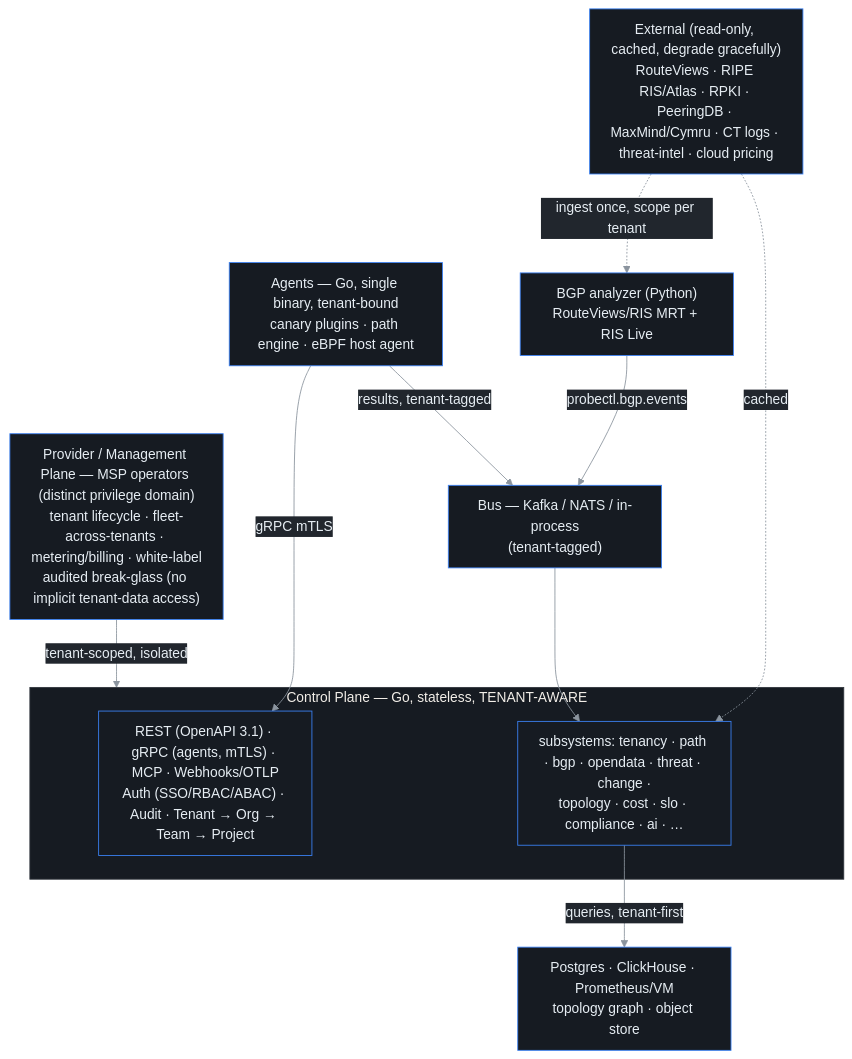
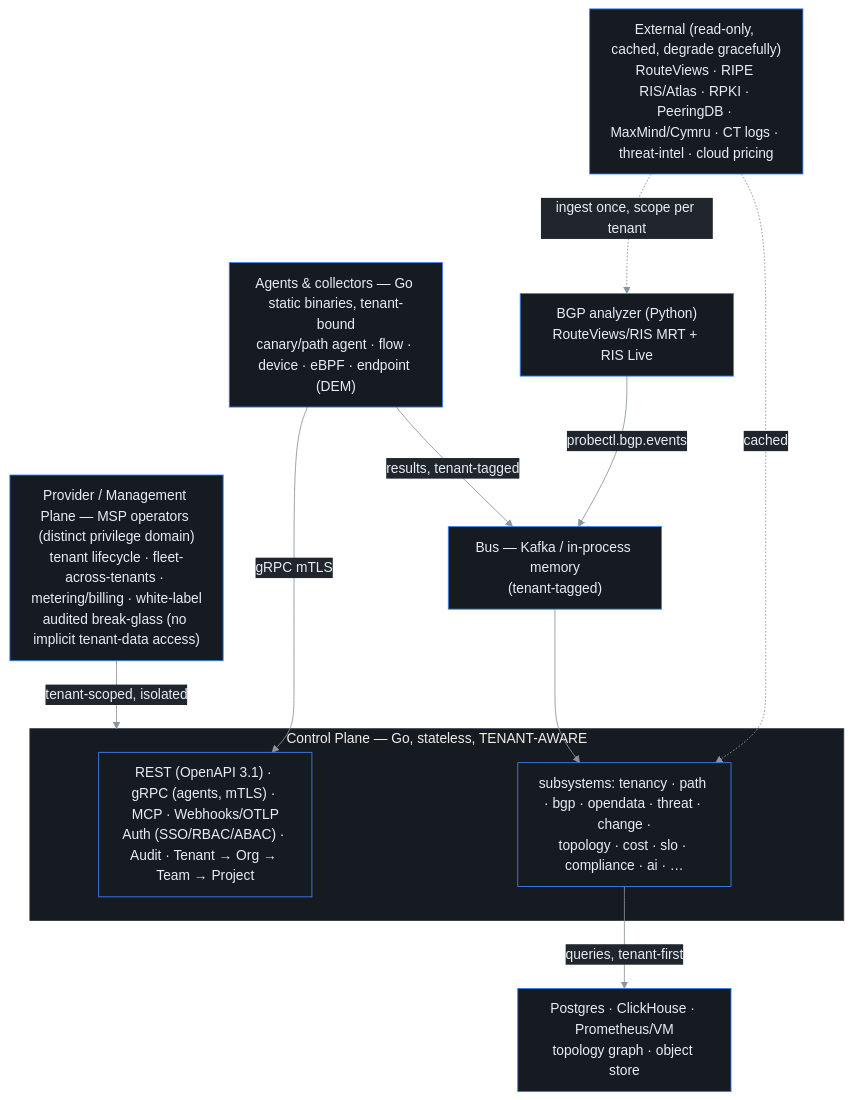
The first of 7 diagrams in docs/architecture.md (imfeelingtheagi/probectl), drawn with Mermaid before and after one commit. The commit also changed other lines of this file and 8 other files, not shown here.

Commit message:
docs(architecture): align isolation fail-closed, SMTP, bus modes, gate attributions with code

````diff
--- a/docs/architecture.md
+++ b/docs/architecture.md
@@ -16,25 +16,25 @@
 ```mermaid
 %%{init: {'theme':'base','themeVariables':{'background':'#0d1117','primaryColor':'#161b22','primaryTextColor':'#e6edf3','primaryBorderColor':'#3b82f6','lineColor':'#8b949e','secondaryColor':'#21262d','tertiaryColor':'#0d1117','clusterBkg':'#161b22','clusterBorder':'#30363d','fontFamily':'ui-monospace, SFMono-Regular, Menlo, monospace'},'flowchart':{'curve':'basis','nodeSpacing':55,'rankSpacing':55,'padding':12}}}%%
 flowchart TB
     Provider["Provider / Management Plane — MSP operators (distinct privilege domain)<br/>tenant lifecycle · fleet-across-tenants · metering/billing · white-label<br/>audited break-glass (no implicit tenant-data access)"]
 
     subgraph CP["Control Plane — Go, stateless, TENANT-AWARE"]
         Edge["REST (OpenAPI 3.1) · gRPC (agents, mTLS) · MCP · Webhooks/OTLP<br/>Auth (SSO/RBAC/ABAC) · Audit · Tenant → Org → Team → Project"]
         Subsys["subsystems: tenancy · path · bgp · opendata · threat · change ·<br/>topology · cost · slo · compliance · ai · …"]
     end
 
-    Agents["Agents — Go, single binary, tenant-bound<br/>canary plugins · path engine · eBPF host agent"]
+    Agents["Agents & collectors — Go static binaries, tenant-bound<br/>canary/path agent · flow · device · eBPF · endpoint (DEM)"]
     Analyzer["BGP analyzer (Python)<br/>RouteViews/RIS MRT + RIS Live"]
-    Bus["Bus — Kafka / NATS / in-process<br/>(tenant-tagged)"]
+    Bus["Bus — Kafka / in-process memory<br/>(tenant-tagged)"]
     Stores["Postgres · ClickHouse · Prometheus/VM<br/>topology graph · object store"]
     External["External (read-only, cached, degrade gracefully)<br/>RouteViews · RIPE RIS/Atlas · RPKI · PeeringDB · MaxMind/Cymru · CT logs · threat-intel · cloud pricing"]
 
     Provider -->|tenant-scoped, isolated| CP
     Agents -->|gRPC mTLS| Edge
     Analyzer -->|probectl.bgp.events| Bus
     Agents -->|results, tenant-tagged| Bus
     Bus --> Subsys
     Subsys -->|queries, tenant-first| Stores
     External -.->|ingest once, scope per tenant| Analyzer
     External -.->|cached| Subsys
 ```
````
